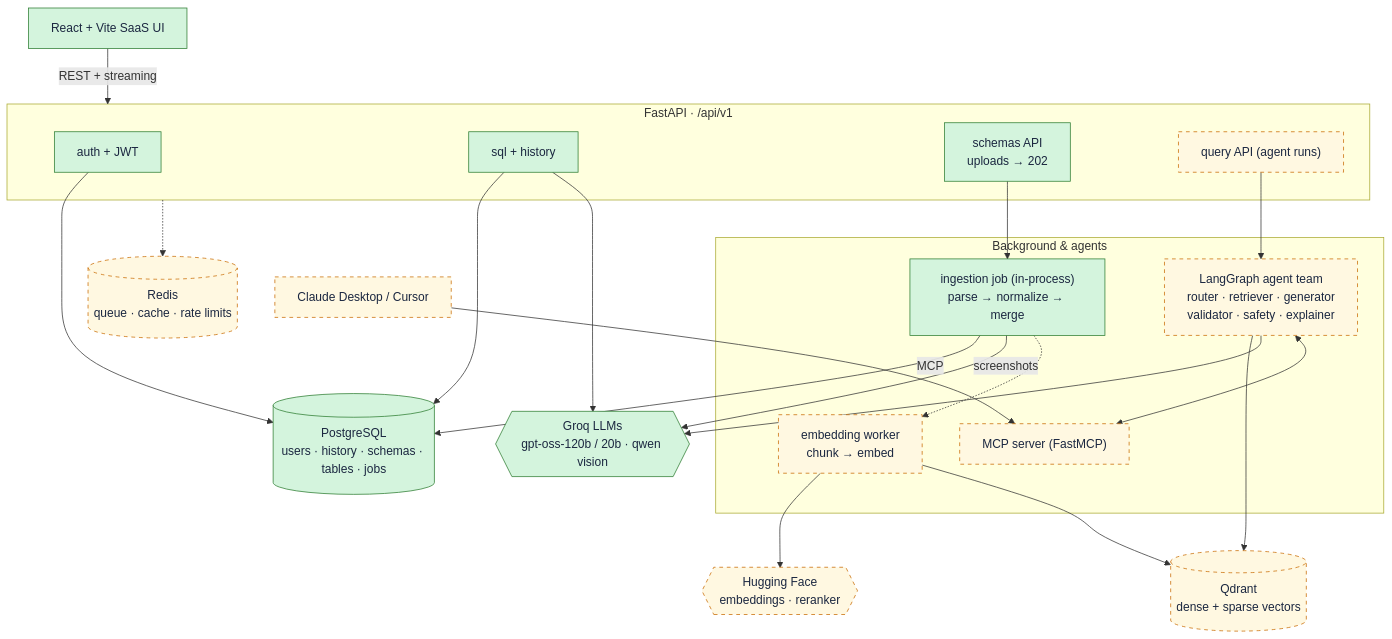
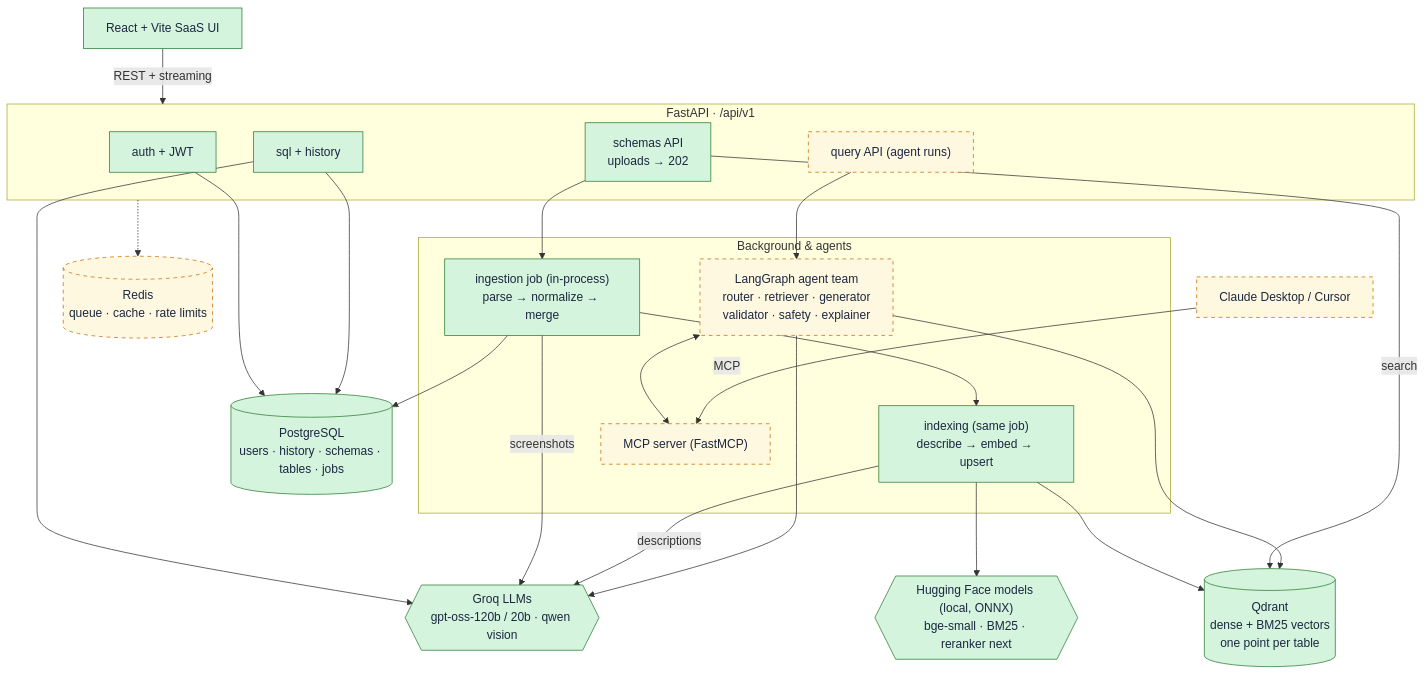
One commit to TanmayDeshpande29/AI-powered-SQL-Assistant changed the first of 12 diagrams in README.md. Above: the diagram before and after it, drawn with Mermaid. The commit also changed other lines of this file and 8 other files, not shown here.

````diff
--- a/README.md
+++ b/README.md
@@ -40,45 +40,47 @@
 ```mermaid
 flowchart TB
     UI["React + Vite SaaS UI"]:::built
 
     subgraph API["FastAPI · /api/v1"]
         AUTH["auth + JWT"]:::built
         SQLR["sql + history"]:::built
         ING["schemas API<br/>uploads → 202"]:::built
         QRY["query API (agent runs)"]:::planned
     end
 
     subgraph WORK["Background & agents"]
         JOB["ingestion job (in-process)<br/>parse → normalize → merge"]:::built
-        WRK["embedding worker<br/>chunk → embed"]:::planned
+        WRK["indexing (same job)<br/>describe → embed → upsert"]:::built
         AG["LangGraph agent team<br/>router · retriever · generator<br/>validator · safety · explainer"]:::planned
         MCP["MCP server (FastMCP)"]:::planned
     end
 
     PG[("PostgreSQL<br/>users · history · schemas · tables · jobs")]:::built
-    QD[("Qdrant<br/>dense + sparse vectors")]:::planned
+    QD[("Qdrant<br/>dense + BM25 vectors<br/>one point per table")]:::built
     RD[("Redis<br/>queue · cache · rate limits")]:::planned
     GQ{{"Groq LLMs<br/>gpt-oss-120b / 20b · qwen vision"}}:::built
-    HF{{"Hugging Face<br/>embeddings · reranker"}}:::planned
+    HF{{"Hugging Face models (local, ONNX)<br/>bge-small · BM25 · reranker next"}}:::built
     HOST["Claude Desktop / Cursor"]:::planned
 
     UI -->|REST + streaming| API
     AUTH --> PG
     SQLR --> PG
     SQLR --> GQ
     ING --> JOB
     JOB --> PG
     JOB -->|screenshots| GQ
-    JOB -.-> WRK
+    JOB --> WRK
     QRY --> AG
     WRK --> HF
     WRK --> QD
+    WRK -->|descriptions| GQ
+    ING -->|search| QD
     AG --> QD
     AG --> GQ
     AG <--> MCP
     HOST -->|MCP| MCP
     API -.-> RD
 
     classDef built fill:#d4f4dd,stroke:#2e7d32,color:#1b2740
     classDef planned fill:#fff8e1,stroke:#c96a00,stroke-dasharray:5 5,color:#1b2740
 ```
````
